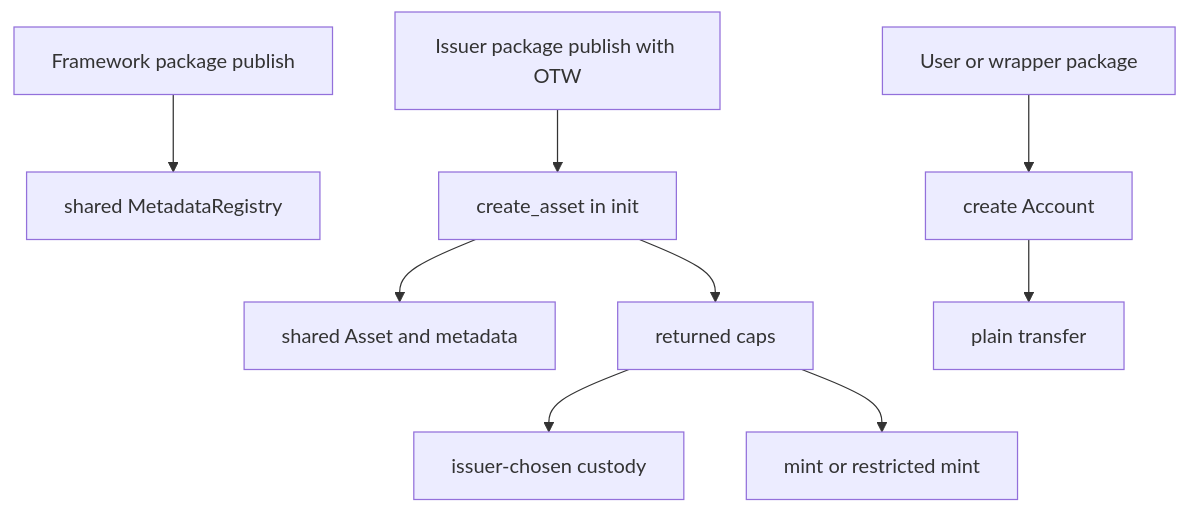
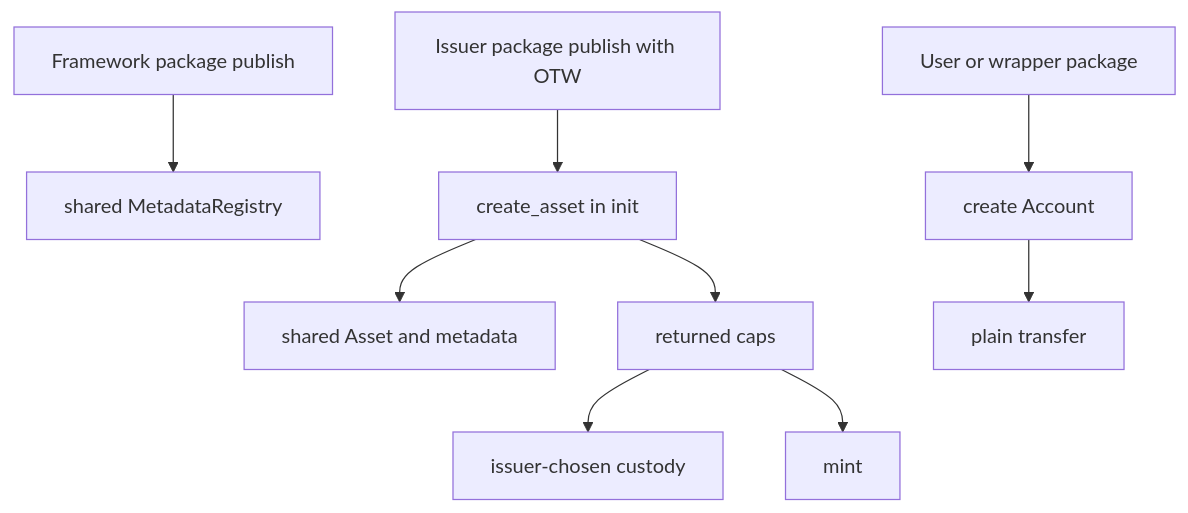
The second of 2 diagrams in README.md (92GC/regulated-account), drawn with Mermaid before and after one commit. The commit also changed other lines of this file and 16 other files, not shown here.

````diff
--- a/README.md
+++ b/README.md
@@ -71,11 +71,11 @@
 ```mermaid
 flowchart TD
     framework[Framework package publish] --> registry[shared MetadataRegistry]
     issuer[Issuer package publish with OTW] --> create[create_asset in init]
     create --> asset[shared Asset and metadata]
     create --> caps[returned caps]
     caps --> custody[issuer-chosen custody]
     user[User or wrapper package] --> account[create Account]
-    caps --> mint[mint or restricted mint]
+    caps --> mint[mint]
     account --> transfer[plain transfer]
 ```
````
